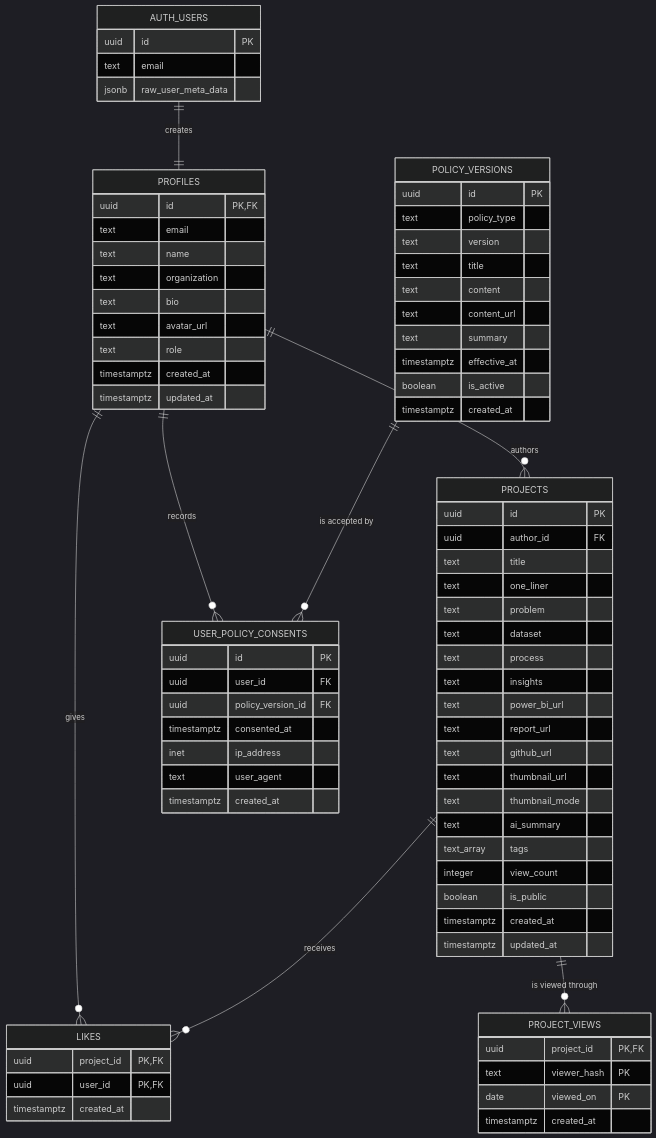
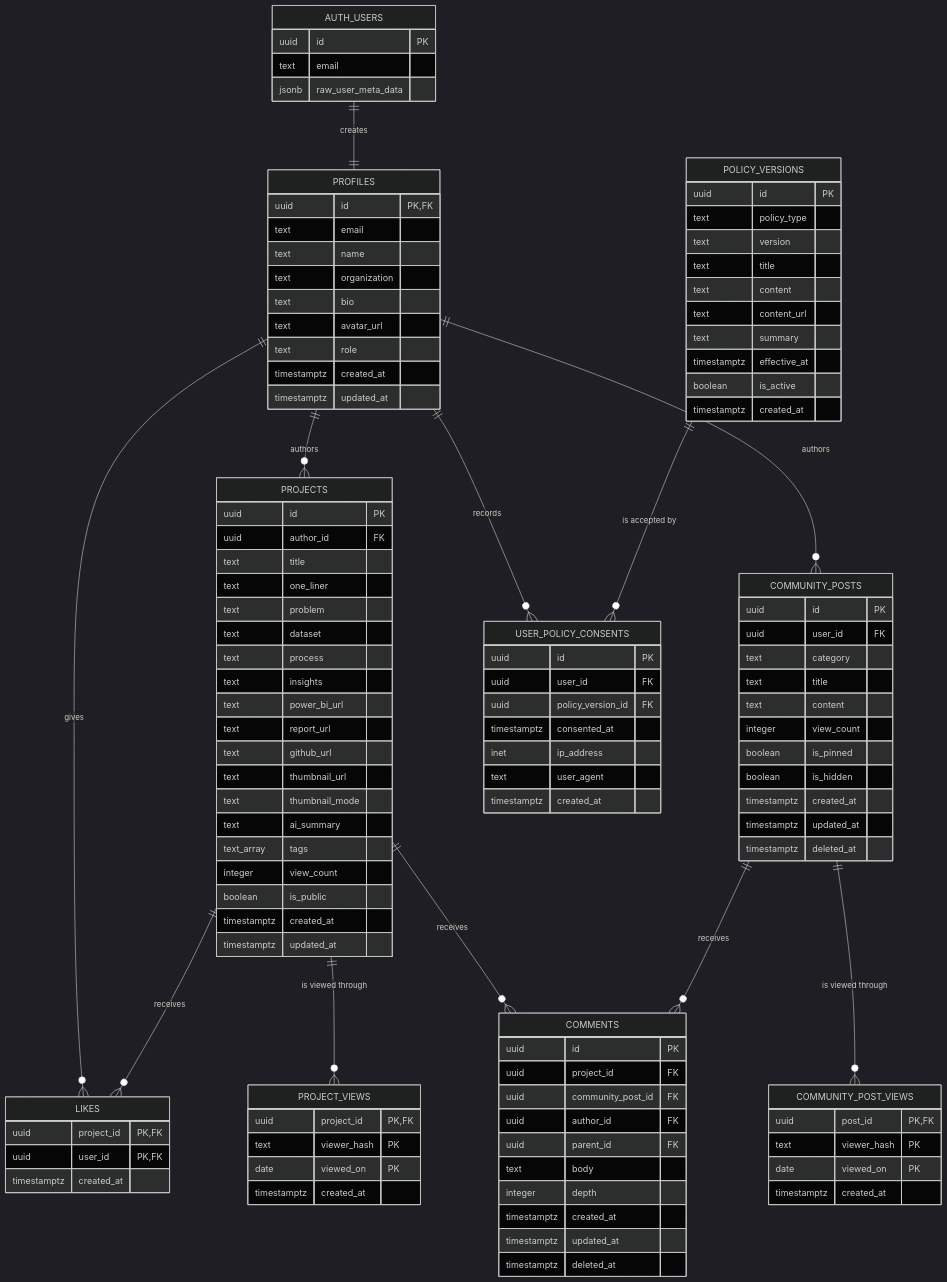
Before and after one commit to Snowball-Impact/folio: the first of 3 diagrams in docs/DATA_MODEL.md, drawn with Mermaid (dark theme). The commit also changed other lines of this file and 17 other files, not shown here.

```diff
--- a/docs/DATA_MODEL.md
+++ b/docs/DATA_MODEL.md
@@ -8,9 +8,13 @@
 erDiagram
     AUTH_USERS ||--|| PROFILES : "creates"
     PROFILES ||--o{ PROJECTS : "authors"
+    PROFILES ||--o{ COMMUNITY_POSTS : "authors"
     PROFILES ||--o{ LIKES : "gives"
     PROJECTS ||--o{ LIKES : "receives"
     PROJECTS ||--o{ PROJECT_VIEWS : "is viewed through"
+    PROJECTS ||--o{ COMMENTS : "receives"
+    COMMUNITY_POSTS ||--o{ COMMENTS : "receives"
+    COMMUNITY_POSTS ||--o{ COMMUNITY_POST_VIEWS : "is viewed through"
     PROFILES ||--o{ USER_POLICY_CONSENTS : "records"
     POLICY_VERSIONS ||--o{ USER_POLICY_CONSENTS : "is accepted by"
 
@@ -67,6 +71,40 @@
         timestamptz created_at
     }
 
+    COMMUNITY_POSTS {
+        uuid id PK
+        uuid user_id FK
+        text category
+        text title
+        text content
+        integer view_count
+        boolean is_pinned
+        boolean is_hidden
+        timestamptz created_at
+        timestamptz updated_at
+        timestamptz deleted_at
+    }
+
+    COMMUNITY_POST_VIEWS {
+        uuid post_id PK,FK
+        text viewer_hash PK
+        date viewed_on PK
+        timestamptz created_at
+    }
+
+    COMMENTS {
+        uuid id PK
+        uuid project_id FK
+        uuid community_post_id FK
+        uuid author_id FK
+        uuid parent_id FK
+        text body
+        integer depth
+        timestamptz created_at
+        timestamptz updated_at
+        timestamptz deleted_at
+    }
+
     POLICY_VERSIONS {
         uuid id PK
         text policy_type
```
